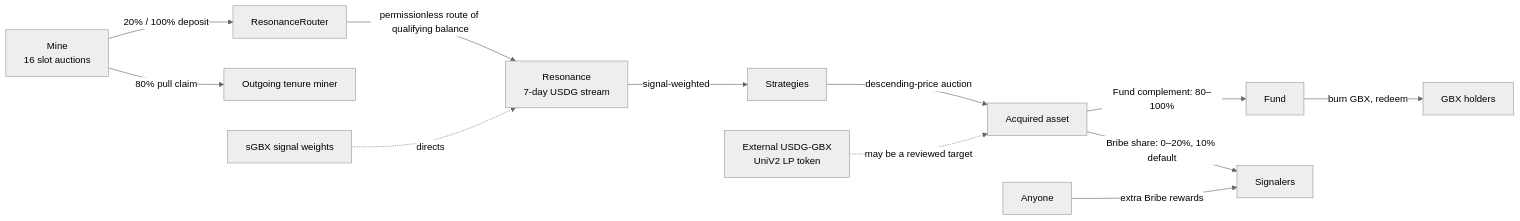
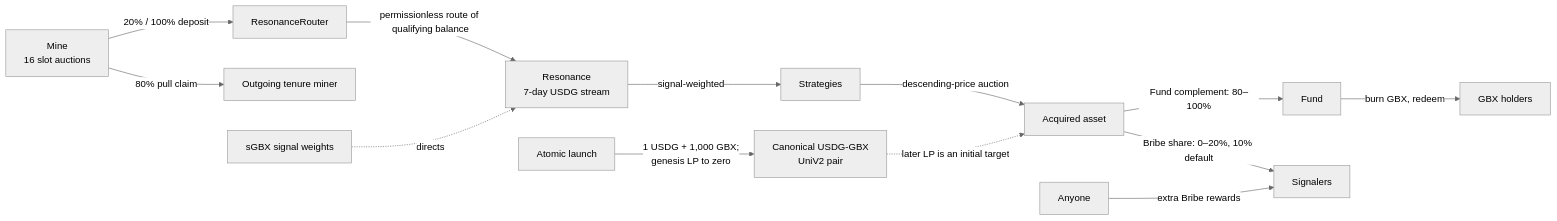
Before and after one commit to Heesho/gumball6900: the diagram in docs/one-pagers/gumball-6900.md, drawn with Mermaid (neutral theme). The commit also changed other lines of this file and 169 other files, not shown here.

Commit message:
feat(protocol): harden exits and add atomic GBX launch

````diff
--- a/docs/one-pagers/gumball-6900.md
+++ b/docs/one-pagers/gumball-6900.md
@@ -94,14 +101,15 @@
 ```mermaid
 flowchart LR
   M[Mine<br/>16 slot auctions] -->|20% / 100% deposit| RR[ResonanceRouter]
   M -->|80% pull claim| DM[Outgoing tenure miner]
   RR -->|permissionless route of qualifying balance| R[Resonance<br/>7-day USDG stream]
   SG[sGBX signal weights] -.->|directs| R
   R -->|signal-weighted| S[Strategies]
   S -->|descending-price auction| A[Acquired asset]
-  LP[External USDG-GBX<br/>UniV2 LP token] -.->|may be a reviewed target| A
+  L[Atomic launch] -->|1 USDG + 1,000 GBX;<br/>genesis LP to zero| LP[Canonical USDG-GBX<br/>UniV2 pair]
+  LP -.->|later LP is an initial target| A
   A -->|Fund complement: 80–100%| F[Fund]
   A -->|Bribe share: 0–20%, 10% default| SIG[Signalers]
   B[Anyone] -->|extra Bribe rewards| SIG
   F -->|burn GBX, redeem| H[GBX holders]
 ```
````
